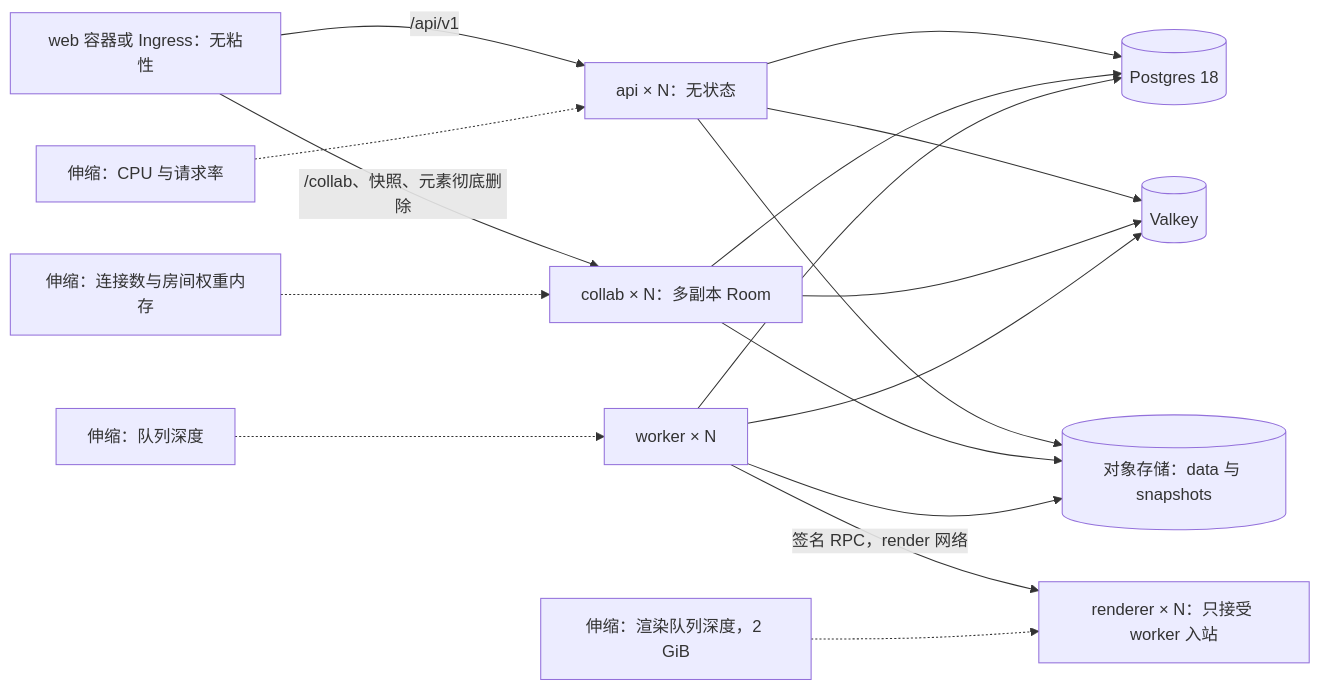
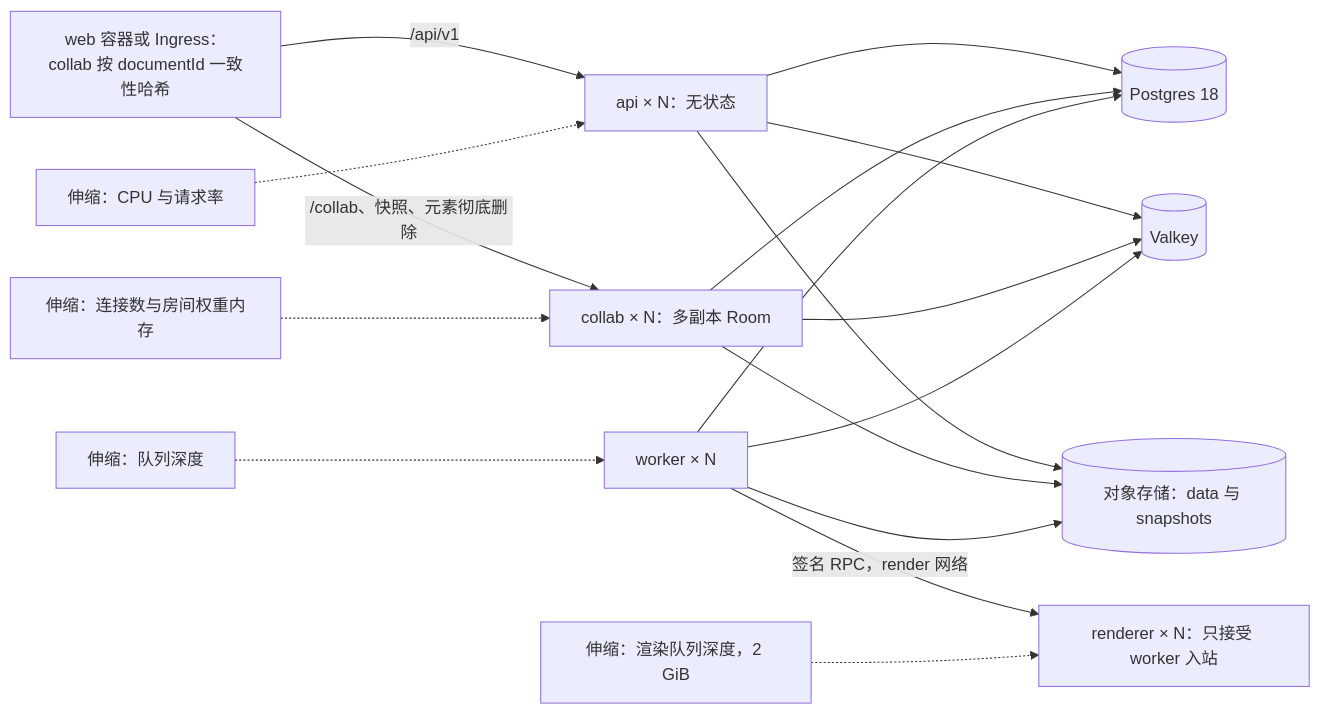
Before and after one commit to Xeonice/cordis-ppt-editor: the fifth of 5 diagrams in docs/60-backend/17-deployment-and-config.md, drawn with Mermaid. The commit also changed other lines of this file and 19 other files, not shown here.

````diff
--- a/docs/60-backend/17-deployment-and-config.md
+++ b/docs/60-backend/17-deployment-and-config.md
@@ -668,21 +744,21 @@
 ```mermaid
 flowchart LR
-  lb["web 容器或 Ingress：无粘性"]
+  lb["web 容器或 Ingress：collab 按 documentId 一致性哈希"]
   api["api × N：无状态"]
   collab["collab × N：多副本 Room"]
   worker["worker × N"]
   renderer["renderer × N：只接受 worker 入站"]
   pg[("Postgres 18")]
   vk[("Valkey")]
   s3[("对象存储：data 与 snapshots")]
   lb -- "/api/v1" --> api
   lb -- "/collab、快照、元素彻底删除" --> collab
   api --> pg & vk & s3
   collab --> pg & vk & s3
   worker --> pg & vk & s3
   worker -- "签名 RPC，render 网络" --> renderer
   hApi["伸缩：CPU 与请求率"] -.-> api
   hCollab["伸缩：连接数与房间权重内存"] -.-> collab
   hWorker["伸缩：队列深度"] -.-> worker
   hRend["伸缩：渲染队列深度，2 GiB"] -.-> renderer
 ```
````
